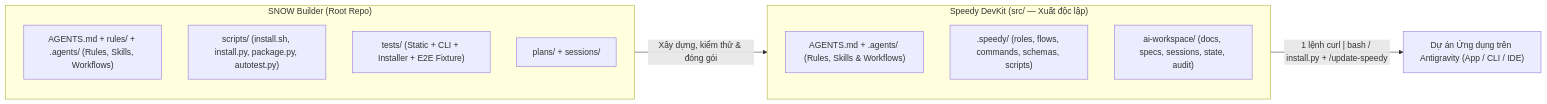
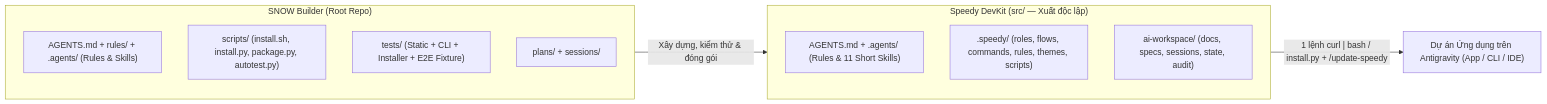
Before and after one commit to litt0709/snow-builder-redesign: the diagram in docs/OVERVIEW.md, drawn with Mermaid. The commit also changed other lines of this file and 4 other files, not shown here.

Commit message:
docs: sync Speedy DevKit docs with balanced Smart HITL, 3 themes, 11 short skills, 2-layer ignore, and CLI optimizations

````diff
--- a/docs/OVERVIEW.md
+++ b/docs/OVERVIEW.md
@@ -21,18 +21,18 @@
 ```mermaid
 flowchart LR
     subgraph Builder["SNOW Builder (Root Repo)"]
-        BR["AGENTS.md + rules/ + .agents/ (Rules, Skills, Workflows)"]
+        BR["AGENTS.md + rules/ + .agents/ (Rules & Skills)"]
         BS["scripts/ (install.sh, install.py, package.py, autotest.py)"]
         BT["tests/ (Static + CLI + Installer + E2E Fixture)"]
         BP["plans/ + sessions/"]
     end
 
     subgraph Product["Speedy DevKit (src/ — Xuất độc lập)"]
-        PA["AGENTS.md + .agents/ (Rules, Skills & Workflows)"]
-        PE[".speedy/ (roles, flows, commands, schemas, scripts)"]
+        PA["AGENTS.md + .agents/ (Rules & 11 Short Skills)"]
+        PE[".speedy/ (roles, flows, commands, rules, themes, scripts)"]
         PW["ai-workspace/ (docs, specs, sessions, state, audit)"]
     end
 
     Builder -->|"Xây dựng, kiểm thử & đóng gói"| Product
     Product -->|"1 lệnh curl | bash / install.py + /update-speedy"| UserApp["Dự án Ứng dụng trên Antigravity (App / CLI / IDE)"]
 ```
````
